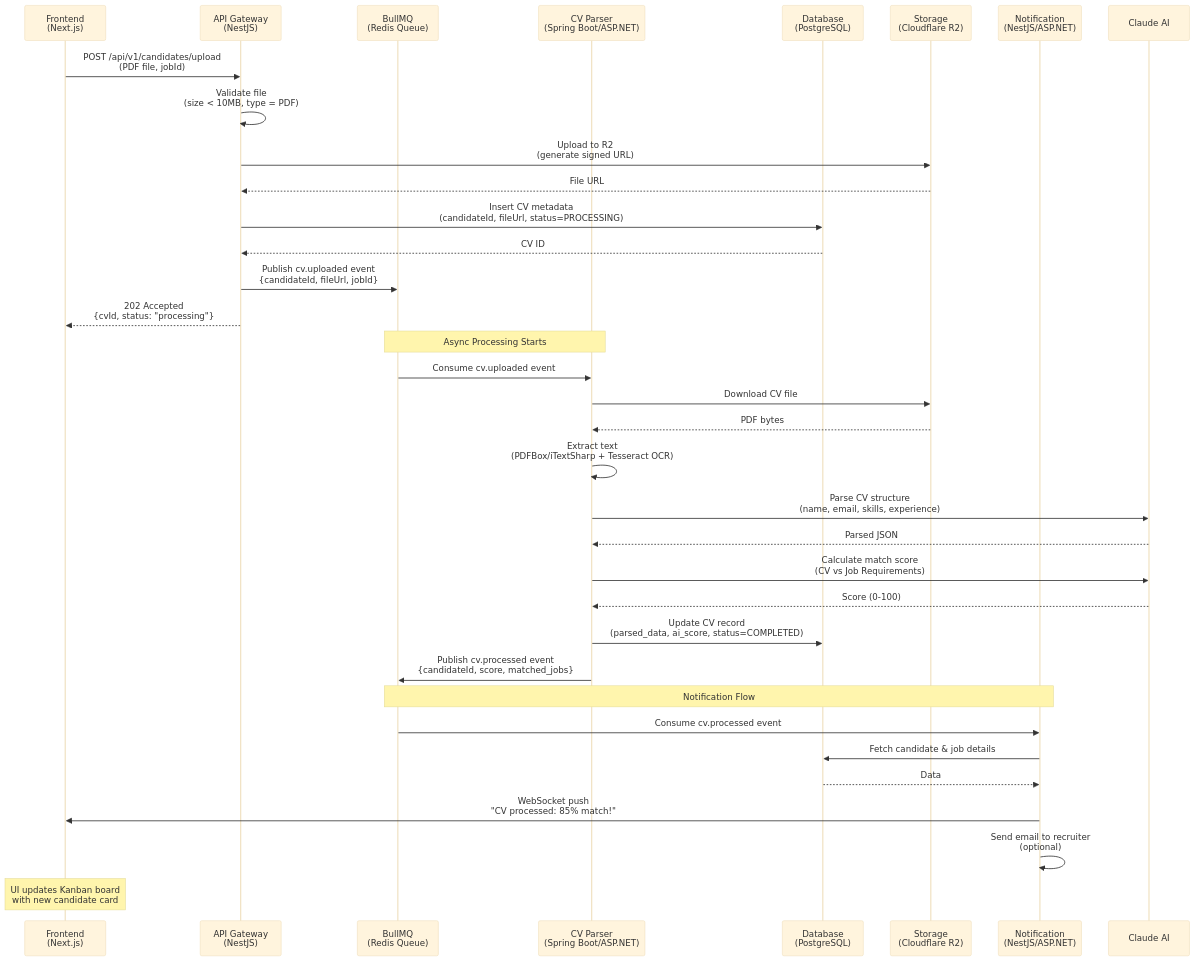
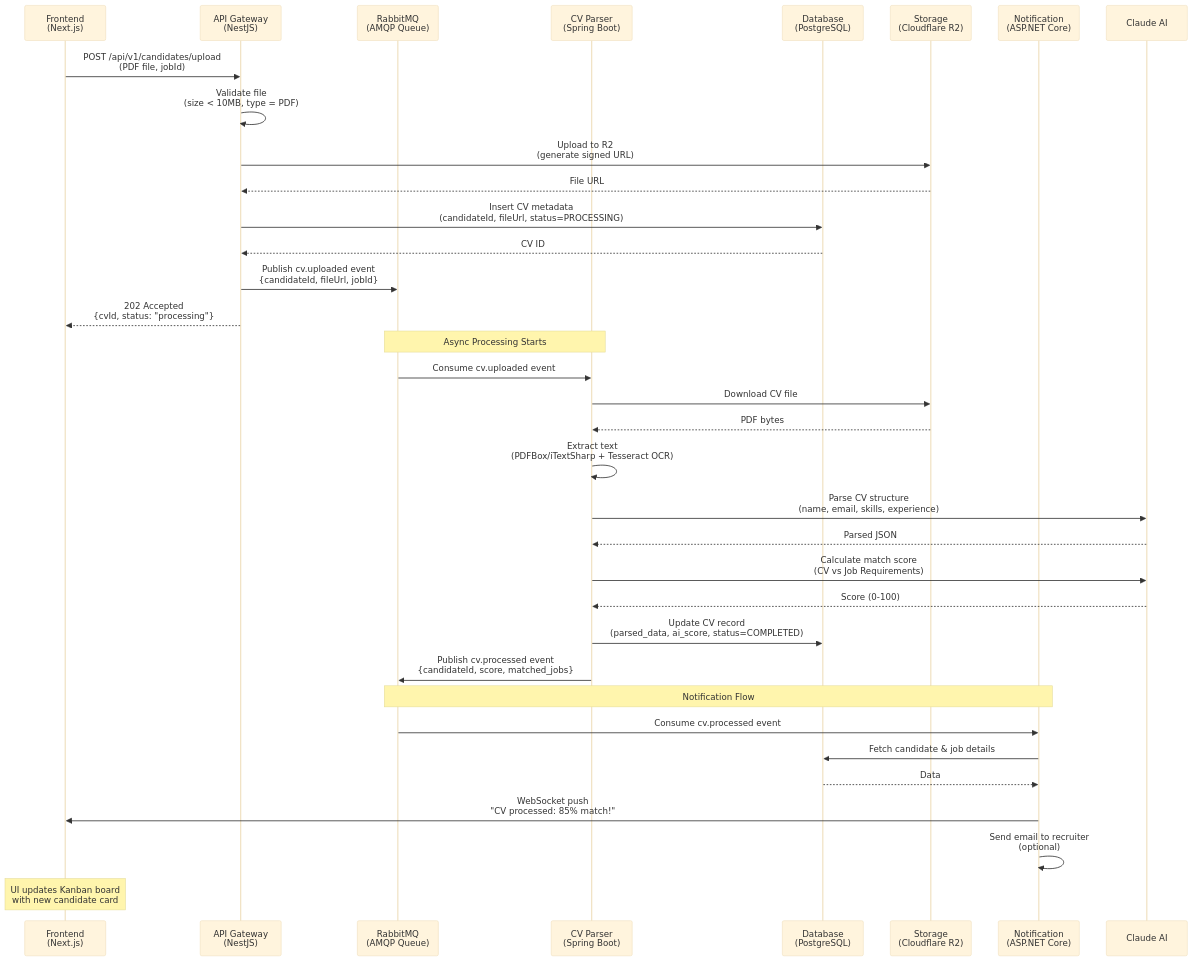
Before and after one commit to vuongng2212/TalentFlow-AI-Backend: the diagram in docs/API_REFERENCE.md, drawn with Mermaid (base theme). The commit also changed other lines of this file and 79 other files, not shown here.

````diff
--- a/docs/API_REFERENCE.md
+++ b/docs/API_REFERENCE.md
@@ -31,44 +31,44 @@
 ```mermaid
 sequenceDiagram
     participant F as Frontend<br/>(Next.js)
     participant A as API Gateway<br/>(NestJS)
-    participant Q as BullMQ<br/>(Redis Queue)
-    participant P as CV Parser<br/>(Spring Boot/ASP.NET)
+    participant Q as RabbitMQ<br/>(AMQP Queue)
+    participant P as CV Parser<br/>(Spring Boot)
     participant D as Database<br/>(PostgreSQL)
     participant R as Storage<br/>(Cloudflare R2)
-    participant N as Notification<br/>(NestJS/ASP.NET)
+    participant N as Notification<br/>(ASP.NET Core)
     participant AI as Claude AI
 
     %% Upload Phase
     F->>A: POST /api/v1/candidates/upload<br/>(PDF file, jobId)
     A->>A: Validate file<br/>(size < 10MB, type = PDF)
     A->>R: Upload to R2<br/>(generate signed URL)
     R-->>A: File URL
     A->>D: Insert CV metadata<br/>(candidateId, fileUrl, status=PROCESSING)
     D-->>A: CV ID
     A->>Q: Publish cv.uploaded event<br/>{candidateId, fileUrl, jobId}
     A-->>F: 202 Accepted<br/>{cvId, status: "processing"}
 
     %% Processing Phase
     Note over Q,P: Async Processing Starts
     Q->>P: Consume cv.uploaded event
     P->>R: Download CV file
     R-->>P: PDF bytes
     P->>P: Extract text<br/>(PDFBox/iTextSharp + Tesseract OCR)
     P->>AI: Parse CV structure<br/>(name, email, skills, experience)
     AI-->>P: Parsed JSON
     P->>AI: Calculate match score<br/>(CV vs Job Requirements)
     AI-->>P: Score (0-100)
     P->>D: Update CV record<br/>(parsed_data, ai_score, status=COMPLETED)
     P->>Q: Publish cv.processed event<br/>{candidateId, score, matched_jobs}
 
     %% Notification Phase
     Note over Q,N: Notification Flow
     Q->>N: Consume cv.processed event
     N->>D: Fetch candidate & job details
     D-->>N: Data
     N->>F: WebSocket push<br/>"CV processed: 85% match!"
     N->>N: Send email to recruiter<br/>(optional)
 
     Note over F: UI updates Kanban board<br/>with new candidate card
 ```
````
